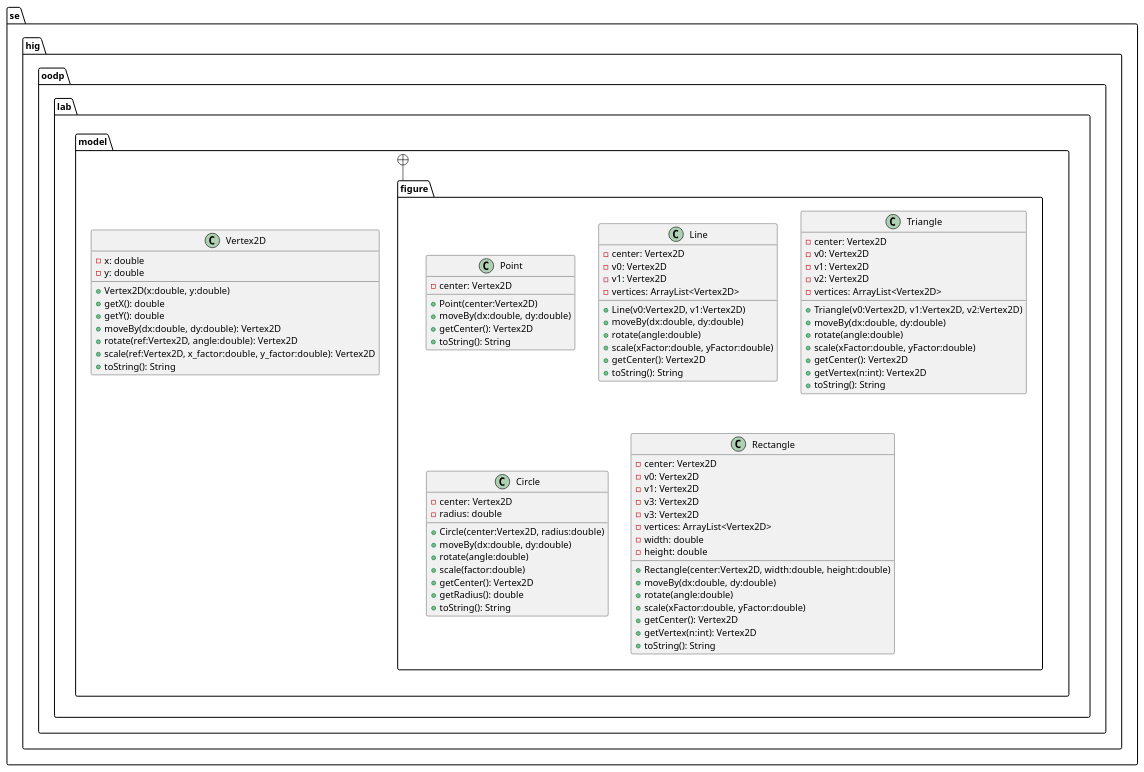
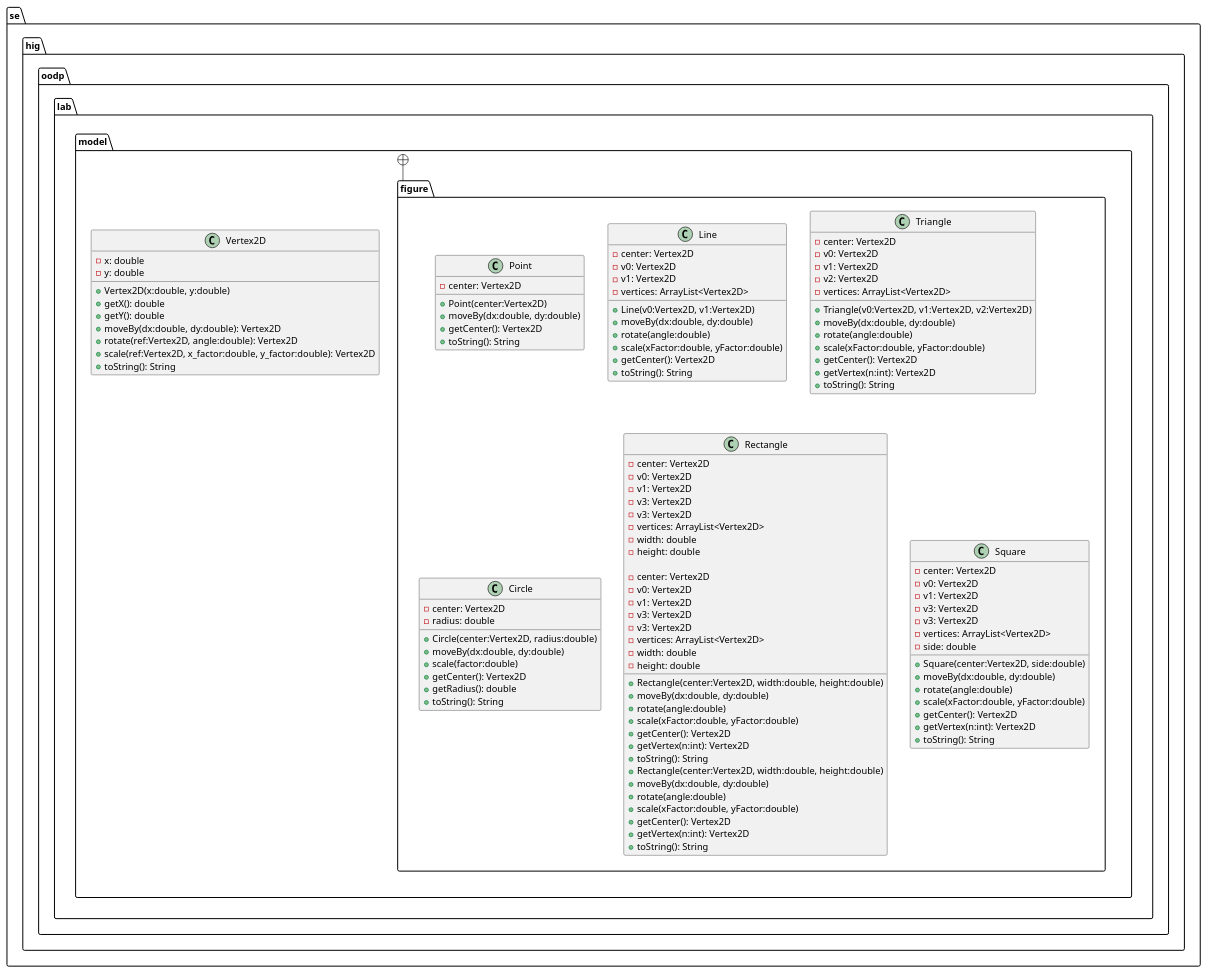
Before and after one commit to jonasjberg/DVG303_lab2: the diagram in diagram/uppgift1.puml, drawn with PlantUML. The commit also changed 6 other files, not shown here.

```diff
--- a/diagram/uppgift1.puml
+++ b/diagram/uppgift1.puml
@@ -1,111 +1,147 @@
 @startuml
 ' ____________________________________________________________________________
 ' ____ CONFIGURATION OPTIONS __________________________________________________
 
 skinparam packageStyle folder
 
 ' don't use characters to indicate visibility
 ' skinparam classAttributeIconsize 0
 
 
 ' ____________________________________________________________________________
 ' ____ CLASS DEFINITIONS ______________________________________________________
 package se.hig.oodp.lab.model {
     class Vertex2D {
         -x: double
         -y: double
         +Vertex2D(x:double, y:double)
         +getX(): double
         +getY(): double
         +moveBy(dx:double, dy:double): Vertex2D
         +rotate(ref:Vertex2D, angle:double): Vertex2D
         +scale(ref:Vertex2D, x_factor:double, y_factor:double): Vertex2D
         +toString(): String
     }
 }
 
 package se.hig.oodp.lab.model.figure {
     class Point {
         -center: Vertex2D
         +Point(center:Vertex2D)
         +moveBy(dx:double, dy:double)
         +getCenter(): Vertex2D
         +toString(): String
     }
 
     class Line {
         -center: Vertex2D
         -v0: Vertex2D
         -v1: Vertex2D
         -vertices: ArrayList<Vertex2D>
         +Line(v0:Vertex2D, v1:Vertex2D)
         +moveBy(dx:double, dy:double)
         +rotate(angle:double)
         +scale(xFactor:double, yFactor:double)
         +getCenter(): Vertex2D
         +toString(): String
     }
 
     class Triangle {
         -center: Vertex2D
         -v0: Vertex2D
         -v1: Vertex2D
         -v2: Vertex2D
         -vertices: ArrayList<Vertex2D>
 
         +Triangle(v0:Vertex2D, v1:Vertex2D, v2:Vertex2D)
         +moveBy(dx:double, dy:double)
         +rotate(angle:double)
         +scale(xFactor:double, yFactor:double)
         +getCenter(): Vertex2D
         +getVertex(n:int): Vertex2D
         +toString(): String
     }
 
     class Circle {
         -center: Vertex2D
         -radius: double
 
         +Circle(center:Vertex2D, radius:double)
         +moveBy(dx:double, dy:double)
-        +rotate(angle:double)
         +scale(factor:double)
         +getCenter(): Vertex2D
         +getRadius(): double
         +toString(): String
     }
 
     class Rectangle {
         -center: Vertex2D
         -v0: Vertex2D
         -v1: Vertex2D
         -v3: Vertex2D
         -v3: Vertex2D
         -vertices: ArrayList<Vertex2D>
         -width: double
         -height: double
 
         +Rectangle(center:Vertex2D, width:double, height:double)
         +moveBy(dx:double, dy:double)
         +rotate(angle:double)
         +scale(xFactor:double, yFactor:double)
         +getCenter(): Vertex2D
         +getVertex(n:int): Vertex2D
         +toString(): String
     }
+
+    class Rectangle {
+        -center: Vertex2D
+        -v0: Vertex2D
+        -v1: Vertex2D
+        -v3: Vertex2D
+        -v3: Vertex2D
+        -vertices: ArrayList<Vertex2D>
+        -width: double
+        -height: double
+
+        +Rectangle(center:Vertex2D, width:double, height:double)
+        +moveBy(dx:double, dy:double)
+        +rotate(angle:double)
+        +scale(xFactor:double, yFactor:double)
+        +getCenter(): Vertex2D
+        +getVertex(n:int): Vertex2D
+        +toString(): String
+    }
+
+    class Square {
+        -center: Vertex2D
+        -v0: Vertex2D
+        -v1: Vertex2D
+        -v3: Vertex2D
+        -v3: Vertex2D
+        -vertices: ArrayList<Vertex2D>
+        -side: double
+
+        +Square(center:Vertex2D, side:double)
+        +moveBy(dx:double, dy:double)
+        +rotate(angle:double)
+        +scale(xFactor:double, yFactor:double)
+        +getCenter(): Vertex2D
+        +getVertex(n:int): Vertex2D
+        +toString(): String
+    }
 }
 
 
 ' ____________________________________________________________________________
 ' ____ PACKAGE HIERARCHY _____________________________________________________
 se.hig.oodp.lab.model +-- se.hig.oodp.lab.model.figure
 
 
 ' ____________________________________________________________________________
 ' ____ RELATIONS BETWEEN CLASSES _____________________________________________
 
 
 
 
 
 @enduml
```
